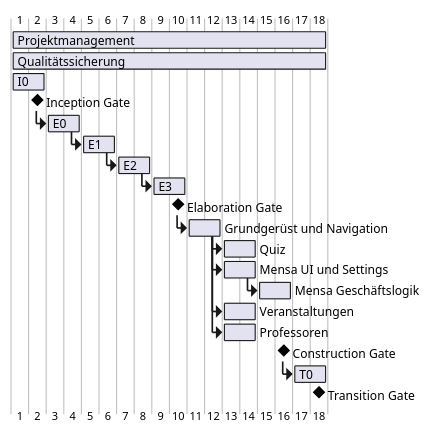
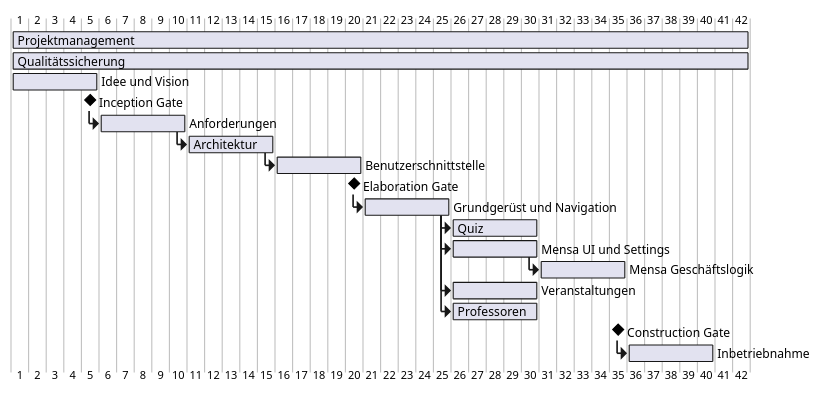
Before and after one commit to RobinNunkesser/plantuml: the diagram in companiongantt.pu, drawn with PlantUML. The commit also changed 1 other file, not shown here.

```diff
--- a/companiongantt.pu
+++ b/companiongantt.pu
@@ -1,31 +1,28 @@
 @startgantt
-[Projektmanagement] lasts 18 days
-[Qualitätssicherung] lasts 18 days
-[I0] lasts 2 days
-[Inception Gate] happens at [I0]'s end
-[E0] lasts 2 days
-[E0] starts at [Inception Gate]'s end
-[E1] lasts 2 days
-[E1] starts at [E0]'s end
-[E2] lasts 2 days
-[E2] starts at [E1]'s end
-[E3] lasts 2 days
-[E3] starts at [E2]'s end
-[Elaboration Gate] happens at [E3]'s end
-[Grundgerüst und Navigation] lasts 2 days
+[Projektmanagement] lasts 42 days
+[Qualitätssicherung] lasts 42 days
+[Idee und Vision] lasts 5 days
+[Inception Gate] happens at [Idee und Vision]'s end
+[Anforderungen] lasts 5 days
+[Anforderungen] starts at [Inception Gate]'s end
+[Architektur] lasts 5 days
+[Architektur] starts at [Anforderungen]'s end
+[Benutzerschnittstelle] lasts 5 days
+[Benutzerschnittstelle] starts at [Architektur]'s end
+[Elaboration Gate] happens at [Benutzerschnittstelle]'s end
+[Grundgerüst und Navigation] lasts 5 days
 [Grundgerüst und Navigation] starts at [Elaboration Gate]'s end
-[Quiz] lasts 2 days
+[Quiz] lasts 5 days
 [Quiz] starts at [Grundgerüst und Navigation]'s end
-[Mensa UI und Settings] lasts 2 days
+[Mensa UI und Settings] lasts 5 days
 [Mensa UI und Settings] starts at [Grundgerüst und Navigation]'s end
-[Mensa Geschäftslogik] lasts 2 days
+[Mensa Geschäftslogik] lasts 5 days
 [Mensa Geschäftslogik] starts at [Mensa UI und Settings]'s end
-[Veranstaltungen] lasts 2 days
+[Veranstaltungen] lasts 5 days
 [Veranstaltungen] starts at [Grundgerüst und Navigation]'s end
-[Professoren] lasts 2 days
+[Professoren] lasts 5 days
 [Professoren] starts at [Grundgerüst und Navigation]'s end
 [Construction Gate] happens at [Mensa Geschäftslogik]'s end
-[T0] lasts 2 days
-[T0] starts at [Construction Gate]'s end
-[Transition Gate] happens at [T0]'s end
+[Inbetriebnahme] lasts 5 days
+[Inbetriebnahme] starts at [Construction Gate]'s end
 @endgantt
```
